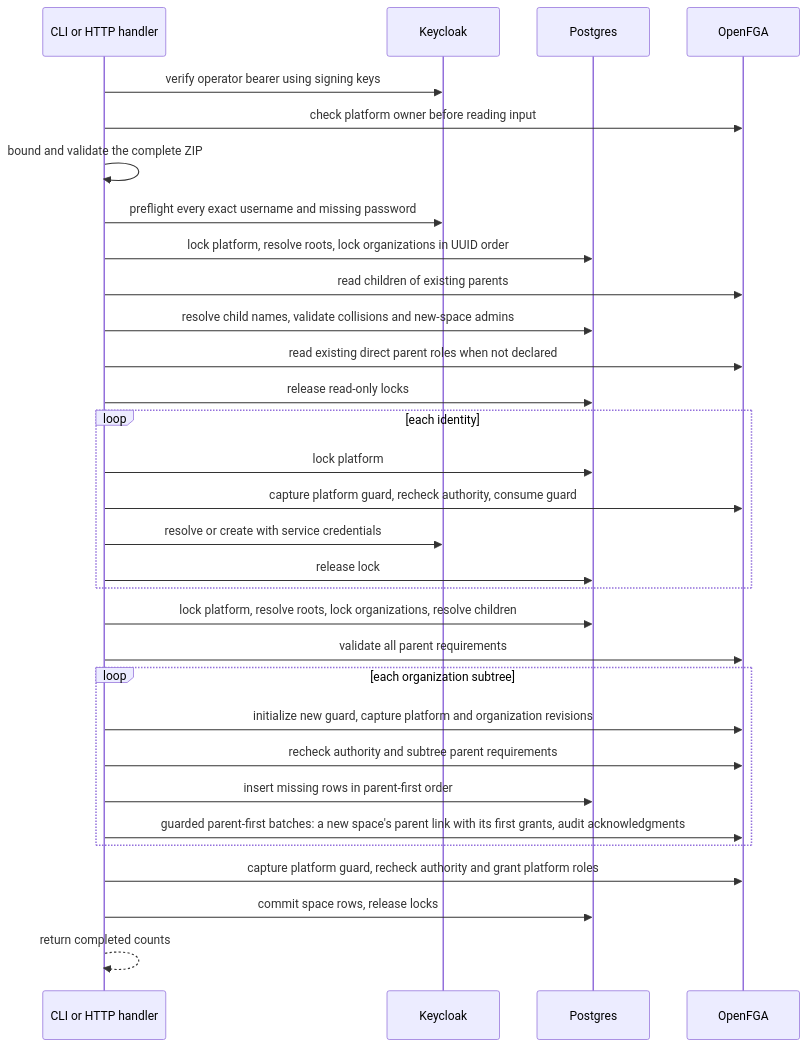
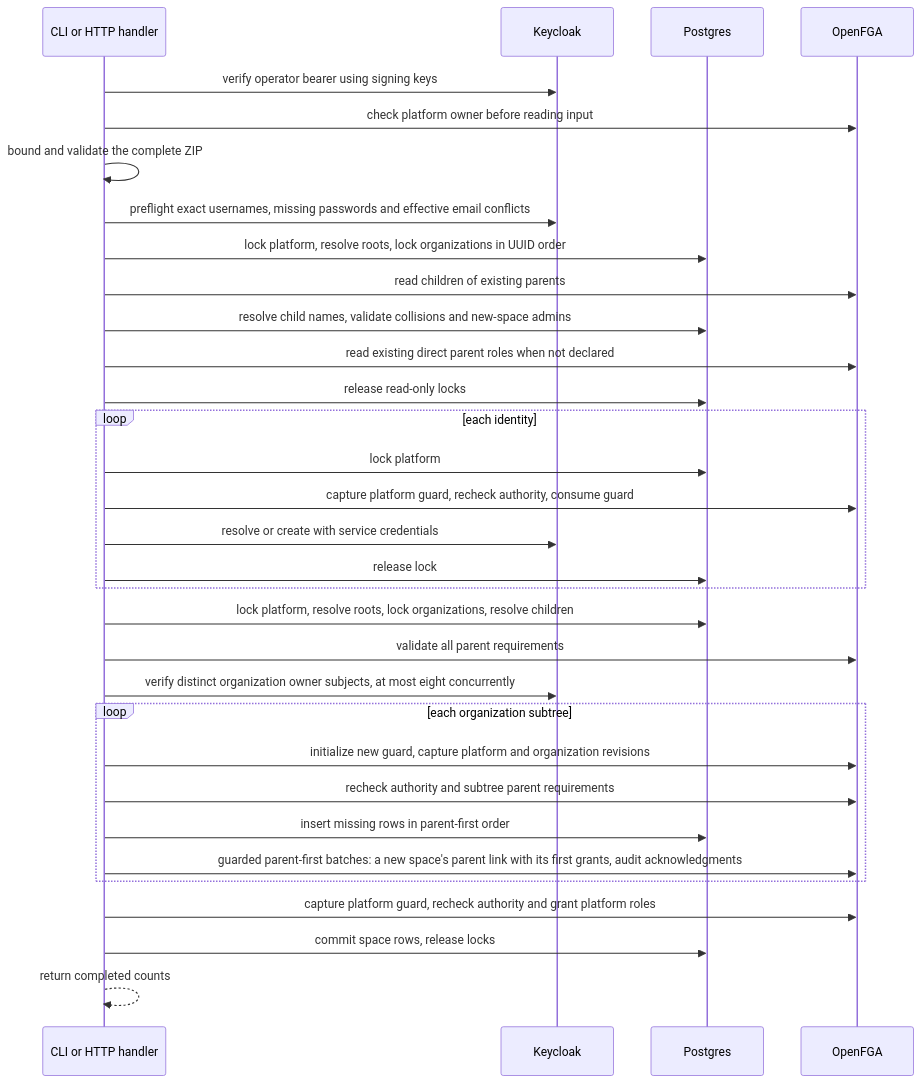
One commit to ThalesGroup/fred changed the ninth of 9 diagrams in docs/architecture/A1-manager-runtime.md. Above: the diagram before and after it, drawn with Mermaid. The commit also changed other lines of this file and 32 other files, not shown here.

````diff
--- a/docs/architecture/A1-manager-runtime.md
+++ b/docs/architecture/A1-manager-runtime.md
@@ -353,33 +363,34 @@
 ```mermaid
 sequenceDiagram
     participant C as CLI or HTTP handler
     participant KC as Keycloak
     participant PG as Postgres
     participant FGA as OpenFGA
     C->>KC: verify operator bearer using signing keys
     C->>FGA: check platform owner before reading input
     C->>C: bound and validate the complete ZIP
-    C->>KC: preflight every exact username and missing password
+    C->>KC: preflight exact usernames, missing passwords and effective email conflicts
     C->>PG: lock platform, resolve roots, lock organizations in UUID order
     C->>FGA: read children of existing parents
     C->>PG: resolve child names, validate collisions and new-space admins
     C->>FGA: read existing direct parent roles when not declared
     C->>PG: release read-only locks
     loop each identity
         C->>PG: lock platform
         C->>FGA: capture platform guard, recheck authority, consume guard
         C->>KC: resolve or create with service credentials
         C->>PG: release lock
     end
     C->>PG: lock platform, resolve roots, lock organizations, resolve children
     C->>FGA: validate all parent requirements
+    C->>KC: verify distinct organization owner subjects, at most eight concurrently
     loop each organization subtree
         C->>FGA: initialize new guard, capture platform and organization revisions
         C->>FGA: recheck authority and subtree parent requirements
         C->>PG: insert missing rows in parent-first order
         C->>FGA: guarded parent-first batches: a new space's parent link with its first grants, audit acknowledgments
     end
     C->>FGA: capture platform guard, recheck authority and grant platform roles
     C->>PG: commit space rows, release locks
     C-->>C: return completed counts
 ```
````
